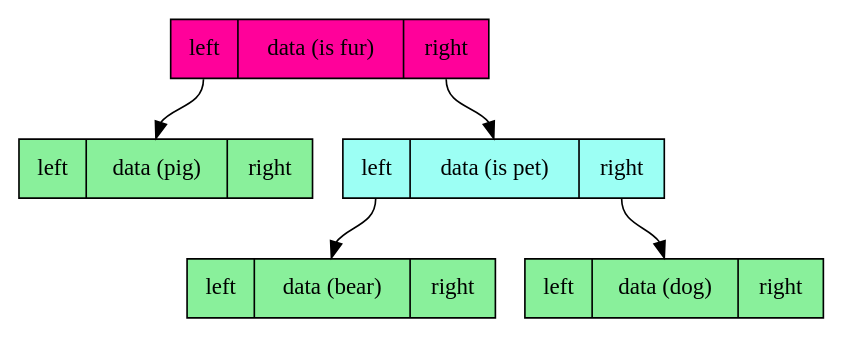
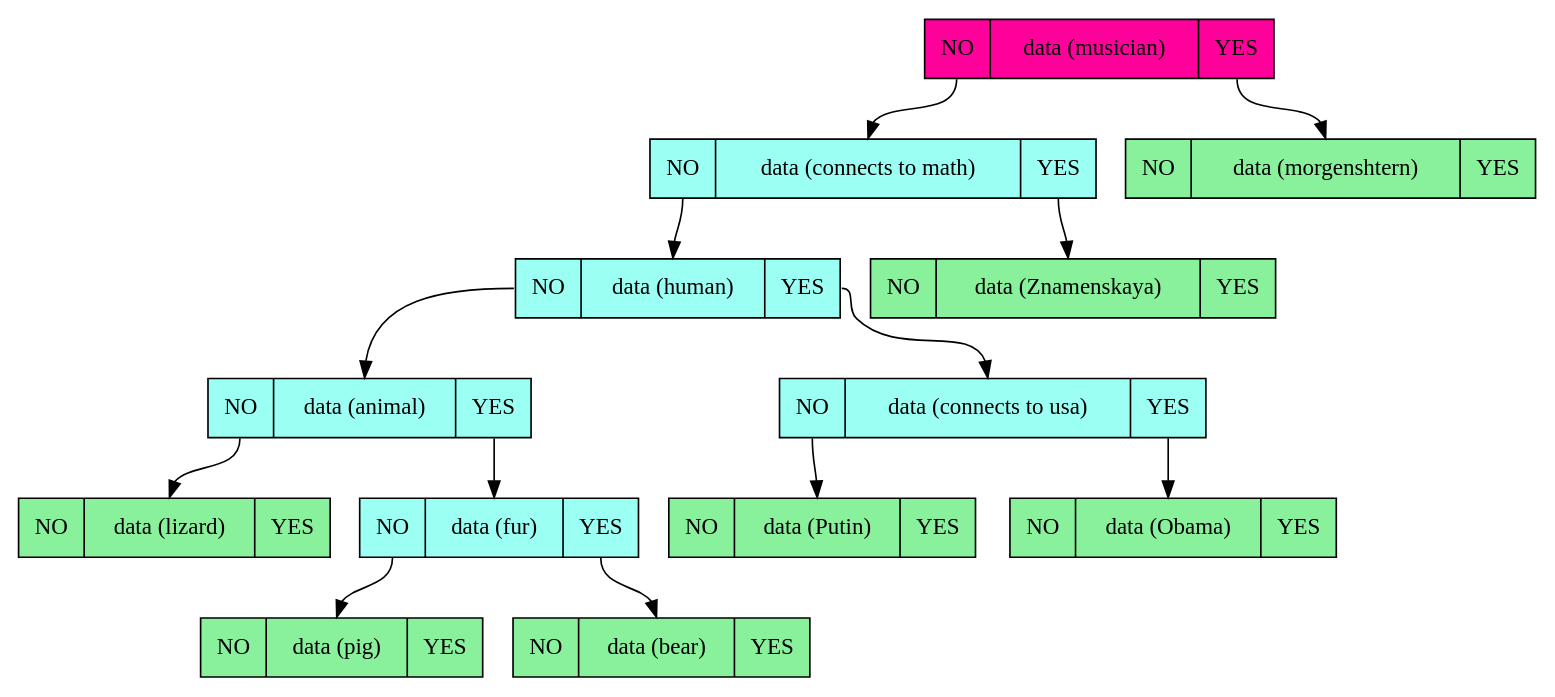
One commit to kreininmv/T05AKIN changed the diagram in T05AKIN/tree.dot. Above: the diagram before and after it, drawn with Graphviz. The commit also changed 40 other files, not shown here.

```diff
--- a/T05AKIN/tree.dot
+++ b/T05AKIN/tree.dot
@@ -1,14 +1,34 @@
 digraph G{
 node [color="#000000", shape=record];
-struct8093656 [style="filled", fillcolor="#FF019A", label="<f0> left  |<f1> data (is fur) | <f2> right"];
+struct22187584 [style="filled", fillcolor="#FF019A", label="<f0> NO  |<f1> data (musician)| <f2> YES"];
 edge[color = "black"];
-struct8093656:f2 -> struct8093960:f1;
-  struct8093960 [style="filled", fillcolor="#9cfff4", label="<f0> left | <f1> data (is pet) | <f2> right "];
-struct8093960:f2 -> struct8094264:f1;
-  struct8094264 [style="filled", fillcolor="#89F09B", label="<f0> left | <f1> data (dog) | <f2> right "];
-struct8093960 [style="filled", fillcolor="#9cfff4", label="<f0> left | <f1> data (is pet) | <f2> right "];
-struct8093960:f0 -> struct8094112:f1;
-  struct8094112 [style="filled", fillcolor="#89F09B", label="<f0> left | <f1> data (bear) | <f2> right "];
-struct8093656:f0 -> struct8093808:f1;
-  struct8093808 [style="filled", fillcolor="#89F09B", label="<f0> left | <f1> data (pig) | <f2> right "];
+struct22187584:f2 -> struct22202648:f1;
+  struct22202648 [style="filled", fillcolor="#89F09B", label="<f0> NO | <f1> data (morgenshtern) | <f2> YES "];
+struct22187584:f0 -> struct22202808:f1;
+  struct22202808 [style="filled", fillcolor="#9cfff4", label="<f0> NO | <f1> data (connects to math) | <f2> YES "];
+struct22202808:f2 -> struct22205384:f1;
+  struct22205384 [style="filled", fillcolor="#89F09B", label="<f0> NO | <f1> data (Znamenskaya) | <f2> YES "];
+struct22202808 [style="filled", fillcolor="#9cfff4", label="<f0> NO | <f1> data (connects to math) | <f2> YES "];
+struct22202808:f0 -> struct22205544:f1;
+  struct22205544 [style="filled", fillcolor="#9cfff4", label="<f0> NO | <f1> data (human) | <f2> YES "];
+struct22205544:f2 -> struct22188816:f1;
+  struct22188816 [style="filled", fillcolor="#9cfff4", label="<f0> NO | <f1> data (connects to usa) | <f2> YES "];
+struct22188816:f2 -> struct22188976:f1;
+  struct22188976 [style="filled", fillcolor="#89F09B", label="<f0> NO | <f1> data (Obama) | <f2> YES "];
+struct22188816 [style="filled", fillcolor="#9cfff4", label="<f0> NO | <f1> data (connects to usa) | <f2> YES "];
+struct22188816:f0 -> struct22189136:f1;
+  struct22189136 [style="filled", fillcolor="#89F09B", label="<f0> NO | <f1> data (Putin) | <f2> YES "];
+struct22205544 [style="filled", fillcolor="#9cfff4", label="<f0> NO | <f1> data (human) | <f2> YES "];
+struct22205544:f0 -> struct22184256:f1;
+  struct22184256 [style="filled", fillcolor="#9cfff4", label="<f0> NO | <f1> data (animal) | <f2> YES "];
+struct22184256:f2 -> struct22184416:f1;
+  struct22184416 [style="filled", fillcolor="#9cfff4", label="<f0> NO | <f1> data (fur) | <f2> YES "];
+struct22184416:f2 -> struct22184576:f1;
+  struct22184576 [style="filled", fillcolor="#89F09B", label="<f0> NO | <f1> data (bear) | <f2> YES "];
+struct22184416 [style="filled", fillcolor="#9cfff4", label="<f0> NO | <f1> data (fur) | <f2> YES "];
+struct22184416:f0 -> struct22472632:f1;
+  struct22472632 [style="filled", fillcolor="#89F09B", label="<f0> NO | <f1> data (pig) | <f2> YES "];
+struct22184256 [style="filled", fillcolor="#9cfff4", label="<f0> NO | <f1> data (animal) | <f2> YES "];
+struct22184256:f0 -> struct22472792:f1;
+  struct22472792 [style="filled", fillcolor="#89F09B", label="<f0> NO | <f1> data (lizard) | <f2> YES "];
 }
```
